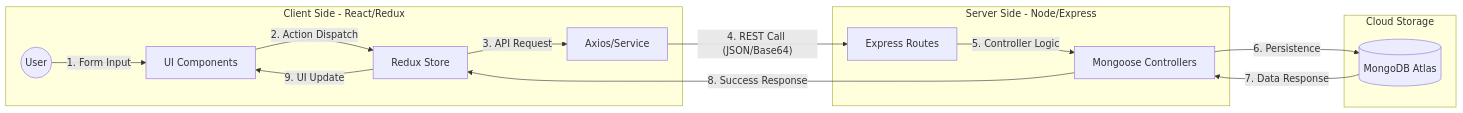
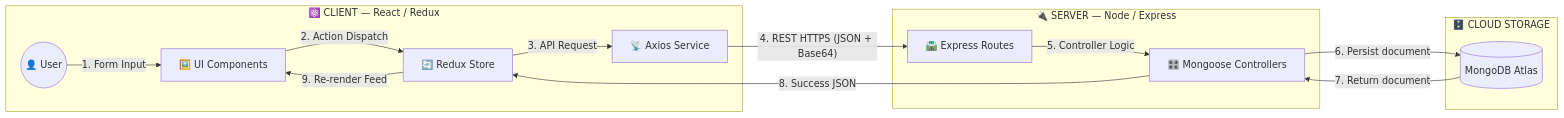
Before and after one commit to salonyranjan/Rewind: the second of 4 diagrams in README.md, drawn with Mermaid. The commit also changed other lines of this file, not shown here.

````diff
--- a/README.md
+++ b/README.md
@@ -138,22 +226,21 @@
 ```mermaid
-
 graph LR
-    subgraph Client_Side [Client Side - React/Redux]
-        U((User)) -- "1. Form Input" --> UI[UI Components]
-        UI -- "2. Action Dispatch" --> RD[Redux Store]
-        RD -- "3. API Request" --> AX[Axios/Service]
+    subgraph Client_Side ["⚛️ CLIENT — React / Redux"]
+        U((👤 User)) -- "1. Form Input" --> UI[🖼️ UI Components]
+        UI -- "2. Action Dispatch" --> RD[🔄 Redux Store]
+        RD -- "3. API Request" --> AX[📡 Axios Service]
     end
 
-    subgraph Server_Side [Server Side - Node/Express]
-        AX -- "4. REST Call (JSON/Base64)" --> RT[Express Routes]
-        RT -- "5. Controller Logic" --> CT[Mongoose Controllers]
+    subgraph Server_Side ["🔌 SERVER — Node / Express"]
+        AX -- "4. REST HTTPS (JSON + Base64)" --> RT[🛣️ Express Routes]
+        RT -- "5. Controller Logic" --> CT[🎛️ Mongoose Controllers]
     end
 
-    subgraph Storage [Cloud Storage]
-        CT -- "6. Persistence" --> DB[(MongoDB Atlas)]
-        DB -- "7. Data Response" --> CT
+    subgraph Storage ["🗄️ CLOUD STORAGE"]
+        CT -- "6. Persist document" --> DB[(MongoDB Atlas)]
+        DB -- "7. Return document" --> CT
     end
 
-    CT -- "8. Success Response" --> RD
-    RD -- "9. UI Update" --> UI
+    CT -- "8. Success JSON" --> RD
+    RD -- "9. Re-render Feed" --> UI
 ```
````
